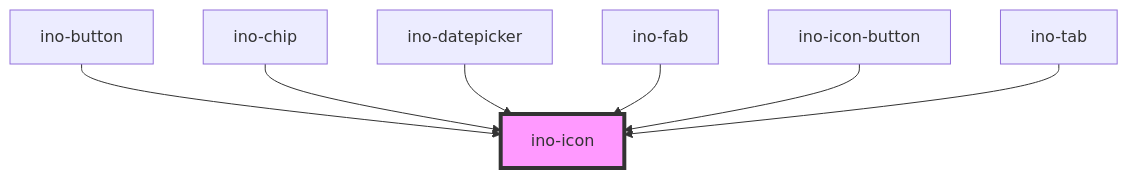
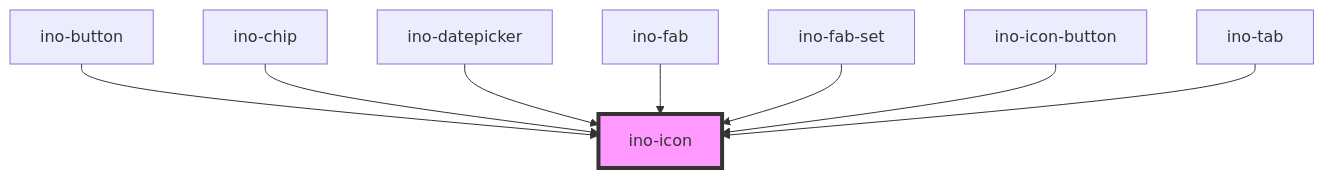
The diagram in packages/elements/src/components/ino-icon/readme.md (inovex/elements), drawn with Mermaid before and after one commit. The commit also changed other lines of this file and 20 other files, not shown here.

Commit message:
feat(elements): ino-fab(-set) in inovex style

````diff
--- a/packages/elements/src/components/ino-icon/readme.md
+++ b/packages/elements/src/components/ino-icon/readme.md
@@ -135,10 +136,11 @@
 ```mermaid
 graph TD;
   ino-button --> ino-icon
   ino-chip --> ino-icon
   ino-datepicker --> ino-icon
   ino-fab --> ino-icon
+  ino-fab-set --> ino-icon
   ino-icon-button --> ino-icon
   ino-tab --> ino-icon
   style ino-icon fill:#f9f,stroke:#333,stroke-width:4px
 ```
````
